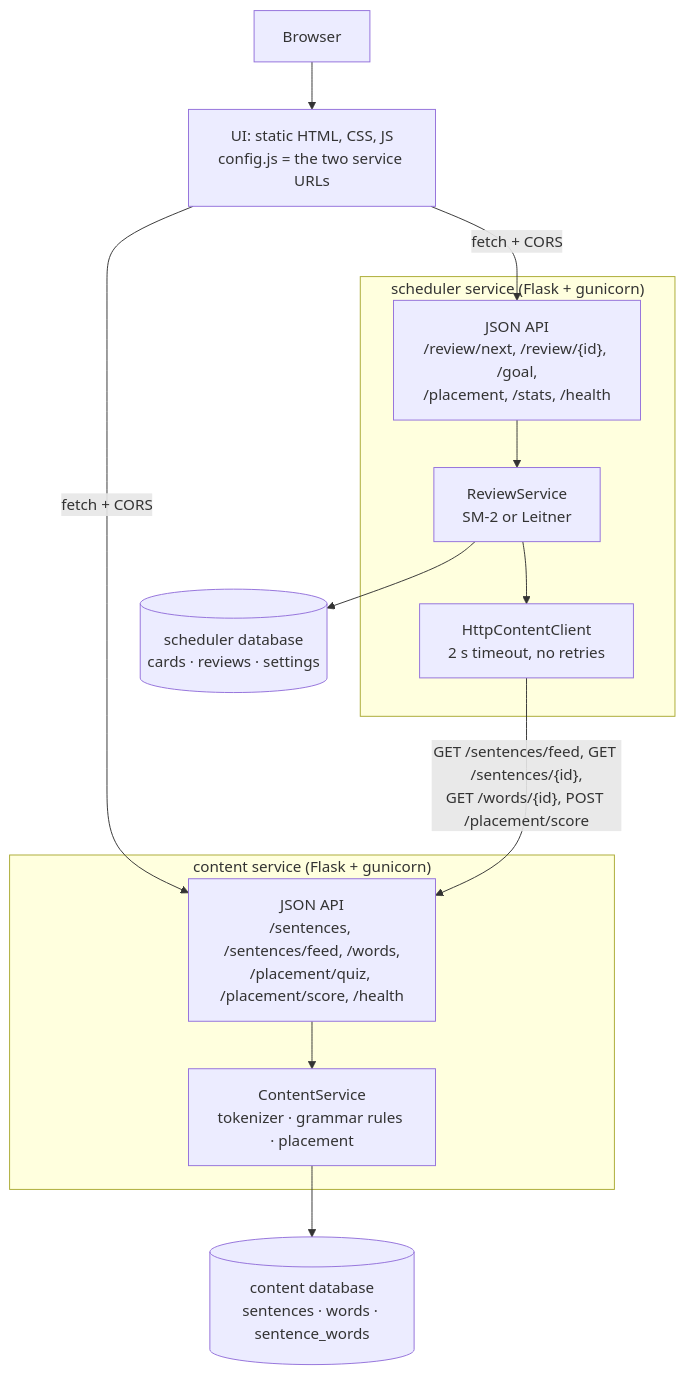
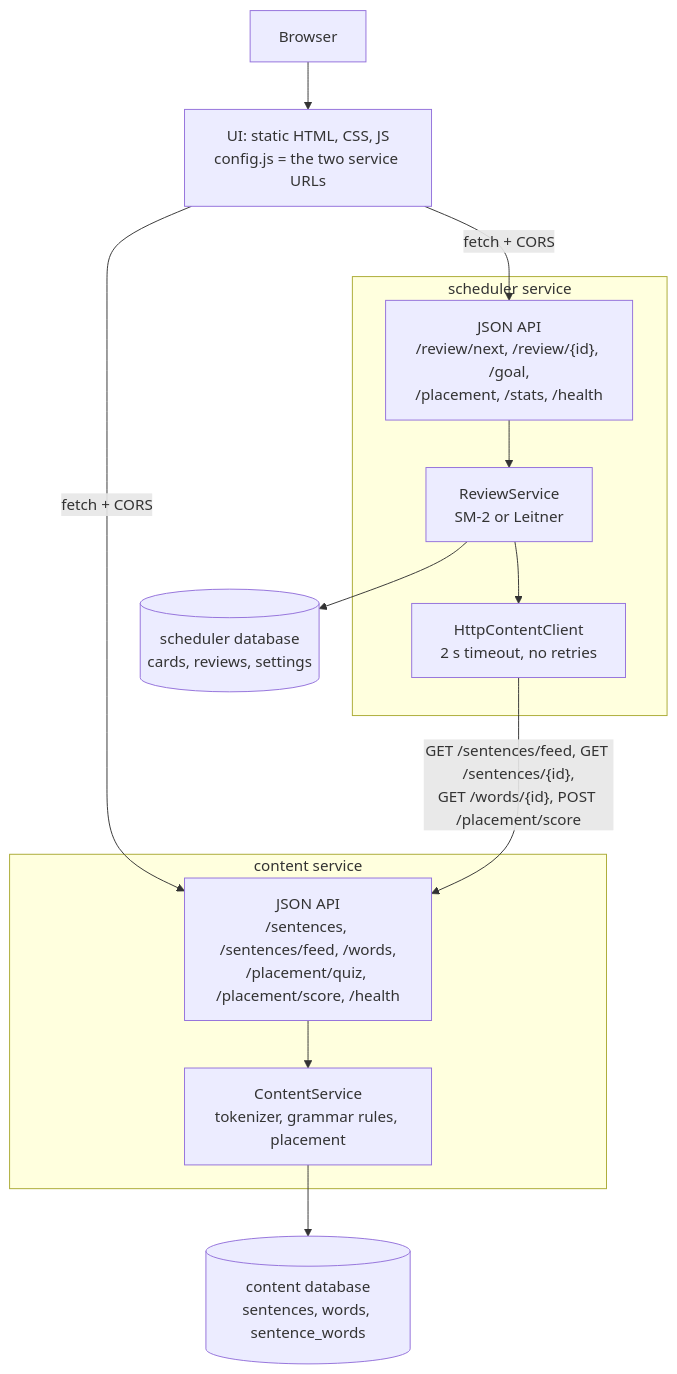
Before and after one commit to Allaawii/devops_individual_assignment_1: the second of 6 diagrams in docs/diagrams.md, drawn with Mermaid. The commit also changed other lines of this file, not shown here.

Commit message:
Make the deployment diagram readable (one resource group box, fewer crossing arrows) and shorten the service box titles so they are not cut off

````diff
--- a/docs/diagrams.md
+++ b/docs/diagrams.md
@@ -33,27 +33,27 @@
 ```mermaid
 flowchart TB
     browser["Browser"]
     ui["UI: static HTML, CSS, JS<br/>config.js = the two service URLs"]
 
-    subgraph content_svc["content service (Flask + gunicorn)"]
+    subgraph content_svc["content service"]
         content_api["JSON API<br/>/sentences, /sentences/feed, /words,<br/>/placement/quiz, /placement/score, /health"]
-        content_service["ContentService<br/>tokenizer · grammar rules · placement"]
+        content_service["ContentService<br/>tokenizer, grammar rules, placement"]
     end
 
-    subgraph scheduler_svc["scheduler service (Flask + gunicorn)"]
+    subgraph scheduler_svc["scheduler service"]
         scheduler_api["JSON API<br/>/review/next, /review/{id}, /goal,<br/>/placement, /stats, /health"]
         review_service["ReviewService<br/>SM-2 or Leitner"]
         client["HttpContentClient<br/>2 s timeout, no retries"]
     end
 
-    content_db[("content database<br/>sentences · words · sentence_words")]
-    scheduler_db[("scheduler database<br/>cards · reviews · settings")]
+    content_db[("content database<br/>sentences, words, sentence_words")]
+    scheduler_db[("scheduler database<br/>cards, reviews, settings")]
 
     browser --> ui
     ui -->|"fetch + CORS"| content_api
     ui -->|"fetch + CORS"| scheduler_api
     content_api --> content_service --> content_db
     scheduler_api --> review_service --> scheduler_db
     review_service --> client
     client -->|"GET /sentences/feed, GET /sentences/{id},<br/>GET /words/{id}, POST /placement/score"| content_api
 ```
````
